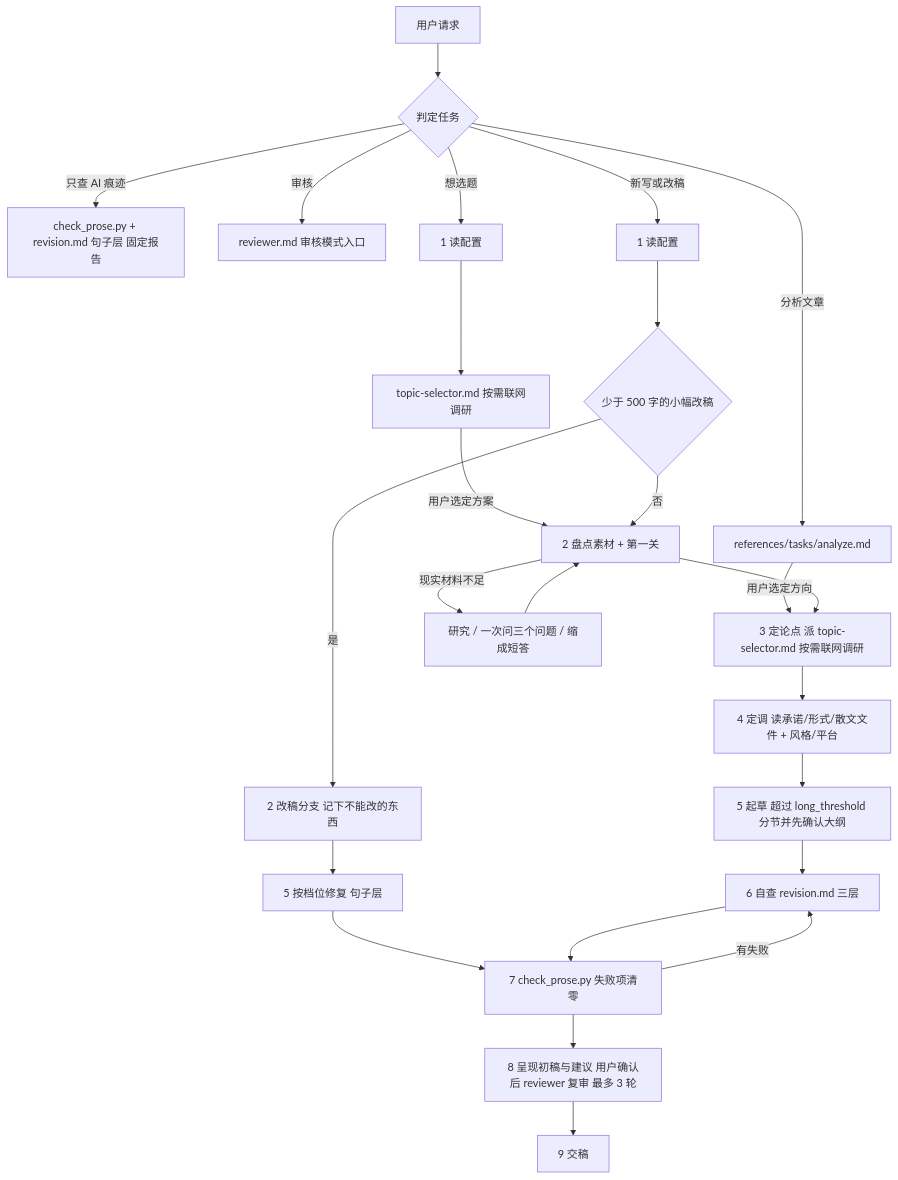
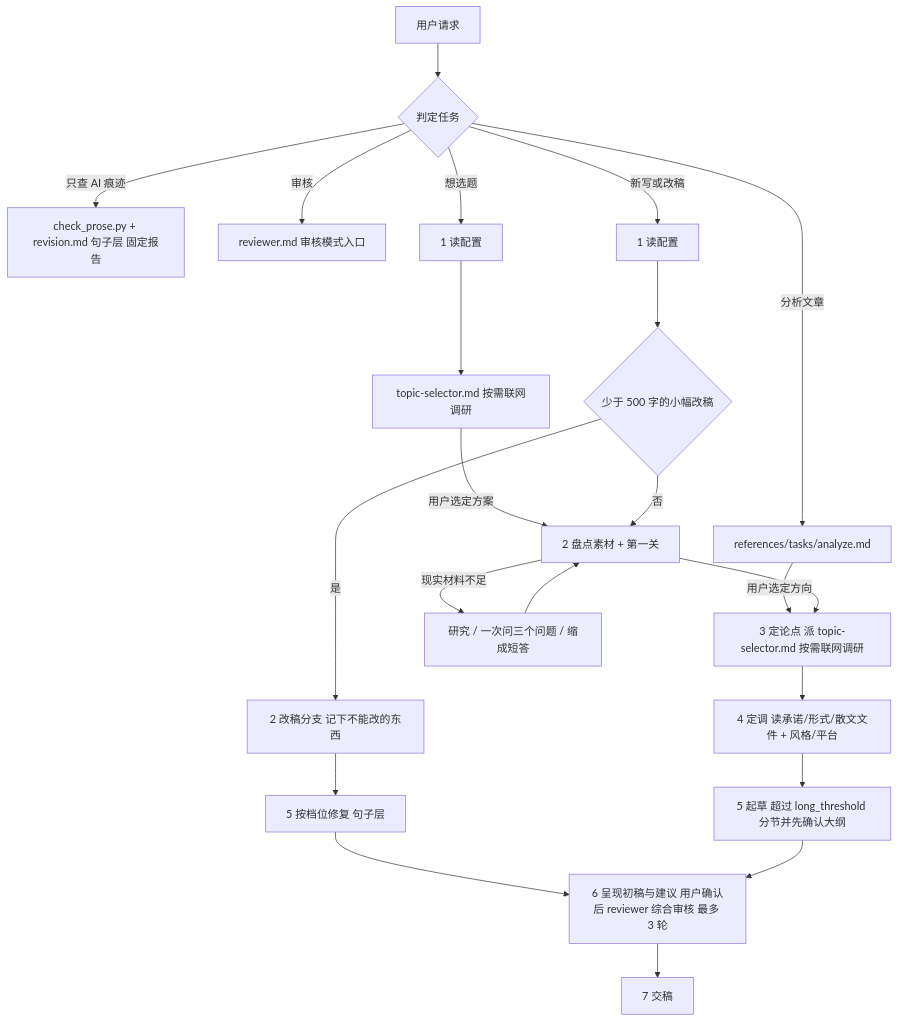
Before and after one commit to AllynYonge/yonge-agent-toolset: the diagram in skills/human-writing/SKILL.md, drawn with Mermaid. The commit also changed other lines of this file and 21 other files, not shown here.

````diff
--- a/skills/human-writing/SKILL.md
+++ b/skills/human-writing/SKILL.md
@@ -122,24 +123,21 @@
 ```mermaid
 flowchart TD
     A[用户请求] --> B{判定任务}
     B -->|分析文章| AN[references/tasks/analyze.md]
     B -->|只查 AI 痕迹| CK[check_prose.py + revision.md 句子层 固定报告]
     B -->|审核| RV[reviewer.md 审核模式入口]
     B -->|想选题| S1T[1 读配置] --> TS[topic-selector.md 按需联网调研]
     B -->|新写或改稿| S1[1 读配置]
     AN -->|用户选定方向| S3
     TS -->|用户选定方案| S2
     S1 --> SHORT{少于 500 字的小幅改稿}
-    SHORT -->|是| S2R[2 改稿分支 记下不能改的东西] --> S5R[5 按档位修复 句子层] --> S7
+    SHORT -->|是| S2R[2 改稿分支 记下不能改的东西] --> S5R[5 按档位修复 句子层] --> S6
     SHORT -->|否| S2[2 盘点素材 + 第一关]
     S2 -->|现实材料不足| GAP[研究 / 一次问三个问题 / 缩成短答]
     GAP --> S2
     S2 --> S3[3 定论点 派 topic-selector.md 按需联网调研]
     S3 --> S4[4 定调 读承诺/形式/散文文件 + 风格/平台]
     S4 --> S5[5 起草 超过 long_threshold 分节并先确认大纲]
-    S5 --> S6[6 自查 revision.md 三层]
-    S6 --> S7[7 check_prose.py 失败项清零]
-    S7 -->|有失败| S6
-    S7 --> S8[8 呈现初稿与建议 用户确认后 reviewer 复审 最多 3 轮]
-    S8 --> S9[9 交稿]
+    S5 --> S6[6 呈现初稿与建议 用户确认后 reviewer 综合审核 最多 3 轮]
+    S6 --> S7[7 交稿]
 ```
````
